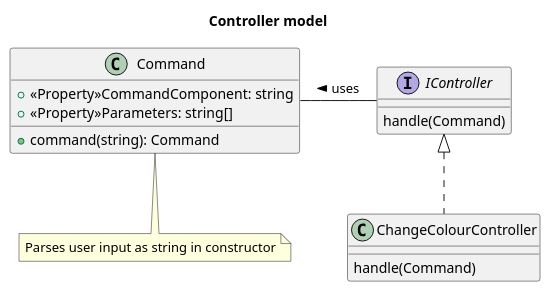
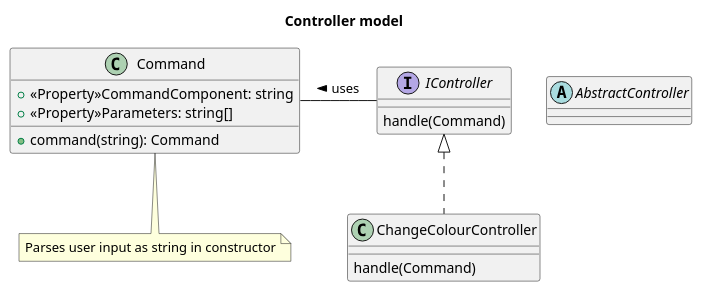
The diagram in UML diagrams/ControllerModel.puml (Kohort13/PG3302-Eksamen), drawn with PlantUML before and after one commit. The commit also changed 8 other files, not shown here.

Commit message:
Started work on AbstractController

```diff
--- a/UML diagrams/ControllerModel.puml
+++ b/UML diagrams/ControllerModel.puml
@@ -1,20 +1,24 @@
 @startuml ControllerModel
     title Controller model
     class Command{
         + <<Property>>CommandComponent: string
         + <<Property>>Parameters: string[]
         + command(string): Command
     }
     note bottom: Parses user input as string in constructor
 
     interface IController{
         handle(Command)
     }
 
+    abstract class AbstractController{
+        
+    }
+
     IController -left- Command: uses >
 
     class ChangeColourController implements IController{
         handle(Command)
     }
     
 @enduml
```
